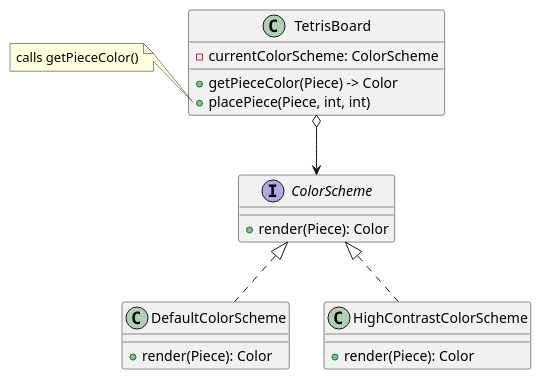
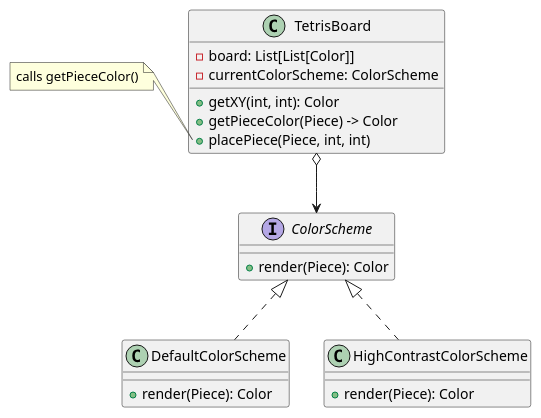
The diagram in docs/colorscheme.puml (jimmy-zx/SAC), drawn with PlantUML before and after one commit. The commit also changed 1 other file, not shown here.

```diff
--- a/docs/colorscheme.puml
+++ b/docs/colorscheme.puml
@@ -1,29 +1,31 @@
 @startuml
 
 class TetrisBoard {
+- board: List[List[Color]]
 - currentColorScheme: ColorScheme
++ getXY(int, int): Color
 + getPieceColor(Piece) -> Color
 + placePiece(Piece, int, int)
 }
 
 note left of TetrisBoard::placePiece
 calls getPieceColor()
 end note
 
 interface ColorScheme {
 + render(Piece): Color
 }
 
 class DefaultColorScheme {
 + render(Piece): Color
 }
 
 class HighContrastColorScheme {
 + render(Piece): Color
 }
 
 TetrisBoard o--> ColorScheme
 ColorScheme <|.. DefaultColorScheme
 ColorScheme <|.. HighContrastColorScheme
 
 @enduml
```
